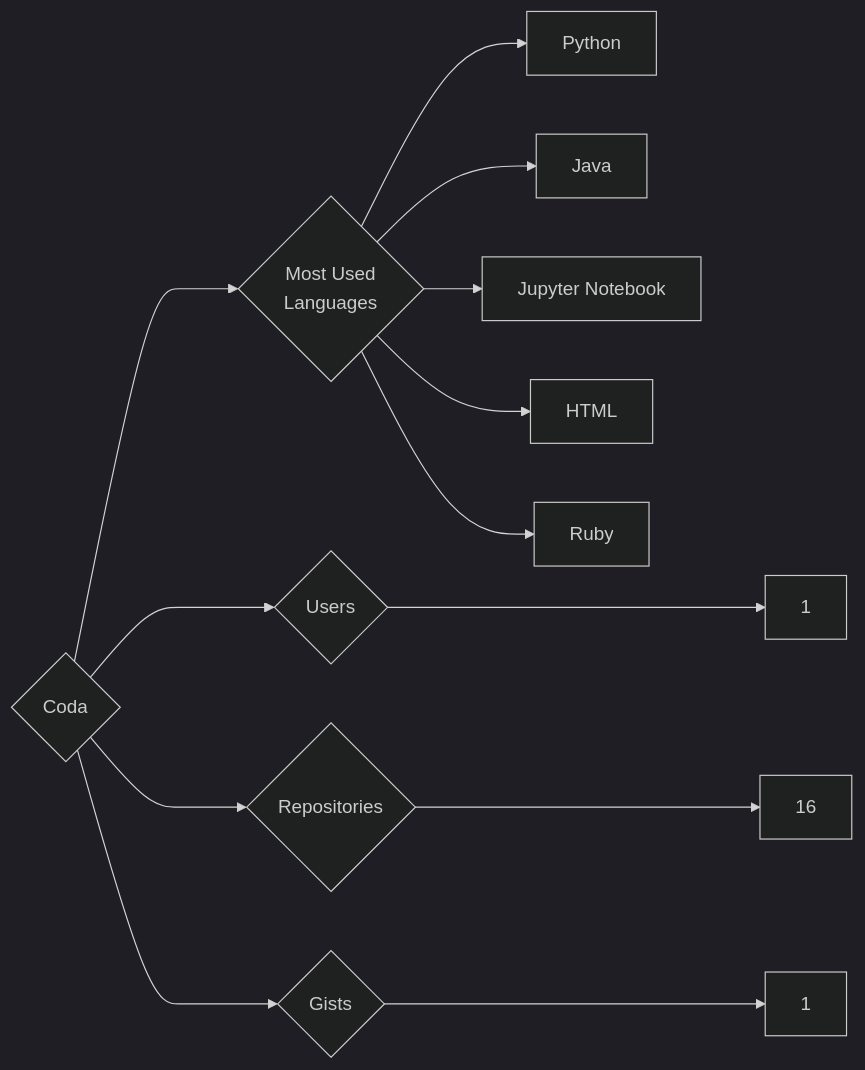
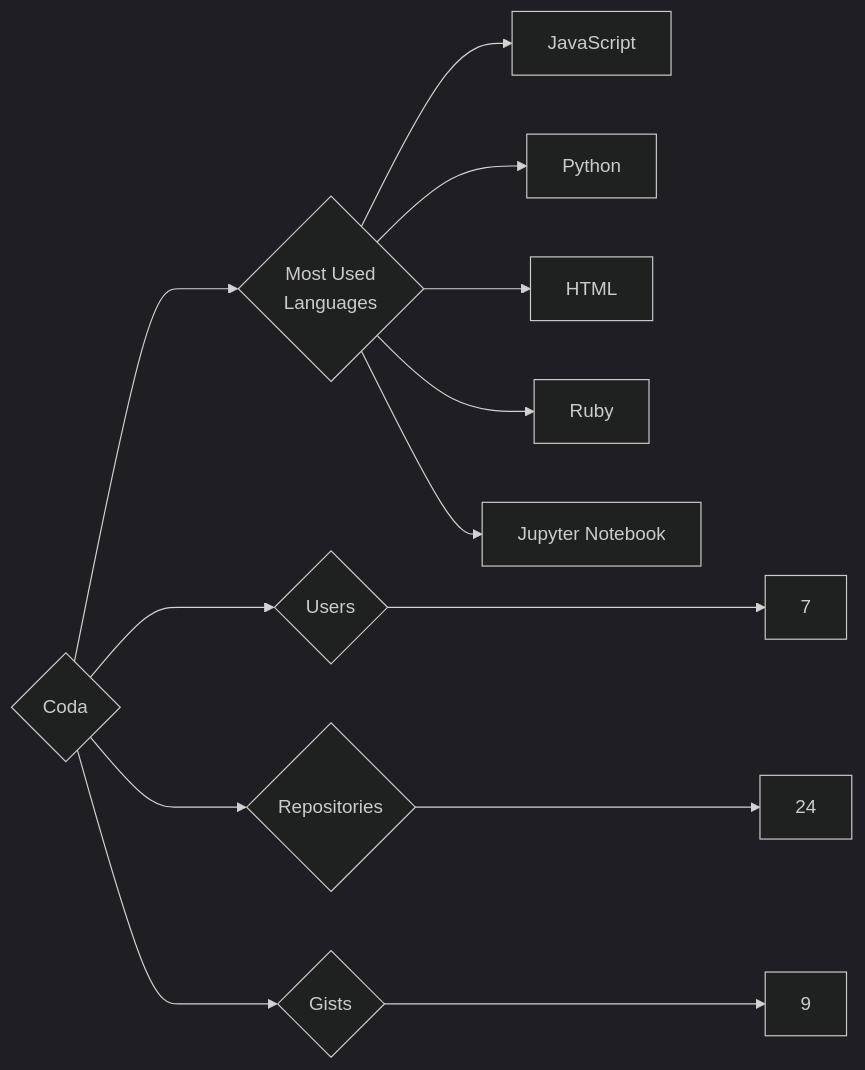
One commit to trickest/insiders changed the diagram in targets/Coda/README.md. Above: the diagram before and after it, drawn with Mermaid (dark theme). The commit also changed 1166 other files, not shown here.

````diff
--- a/targets/Coda/README.md
+++ b/targets/Coda/README.md
@@ -3,13 +3,13 @@
 ```mermaid
 graph LR
 COMPANY_NAME{Coda}
-COMPANY_NAME ---> U{Users} ---> UN[1]
-COMPANY_NAME ---> R{Repositories} ---> RN[16]
-COMPANY_NAME ---> G{Gists} ---> GN[1]
+COMPANY_NAME ---> U{Users} ---> UN[7]
+COMPANY_NAME ---> R{Repositories} ---> RN[24]
+COMPANY_NAME ---> G{Gists} ---> GN[9]
 COMPANY_NAME ---> ML{Most Used<br>Languages}
+ML --> JavaScript[JavaScript]
 ML --> Python[Python]
-ML --> Java[Java]
-ML --> Jupyter_Notebook[Jupyter Notebook]
 ML --> HTML[HTML]
 ML --> Ruby[Ruby]
+ML --> Jupyter_Notebook[Jupyter Notebook]
 ```
````
